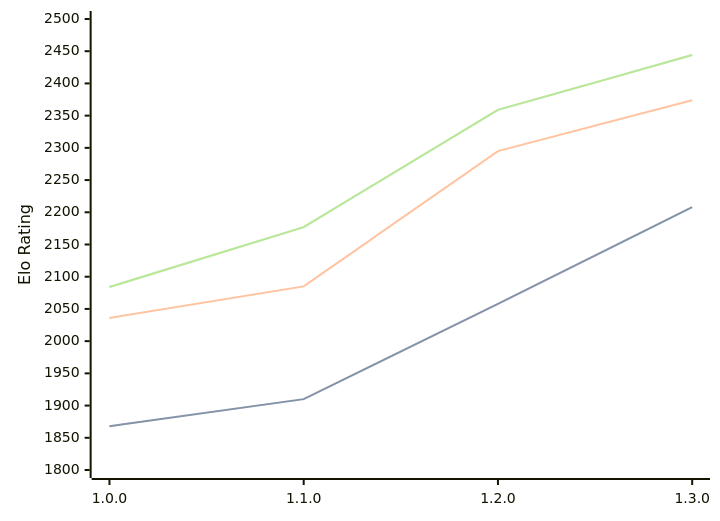
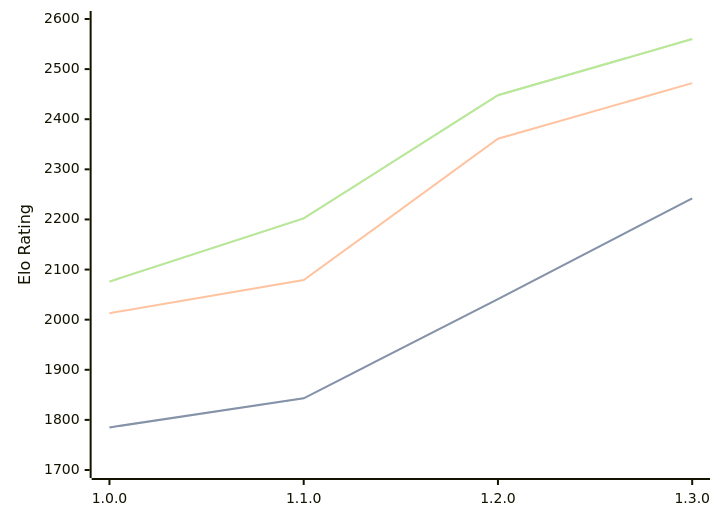
The diagram in engines/Anodos.md (computer-chess-index/cci), drawn with Mermaid before and after one commit. The commit also changed other lines of this file, not shown here.

Commit message:
Update CCI Ratings (ELO VLTC) - 2026-02-24

````diff
--- a/engines/Anodos.md
+++ b/engines/Anodos.md
@@ -42,11 +43,11 @@
 ```mermaid
 %%{init: {"theme":"base","themeVariables":{"seriesColors:['#a3a3a3','#222221','#faa371']}}}%%
 xychart-beta
   x-axis ["1.0.0", "1.1.0", "1.2.0", "1.3.0"]
-  y-axis "Elo Rating" 1800 --> 2500
-  line "STC (8.0+0.08s)" [1868, 1910, 2058, 2208]
-  line "STC (8.0+0.08s)" [1868, 1910, 2058, 2208]
-  line "LTC (60.0+0.60s)" [2036, 2085, 2295, 2374]
-  line "VLTC (2m24s+1.12s)" [2084, 2177, 2359, 2444]
-  line "VLTC (2m24s+1.12s)" [2084, 2177, 2359, 2444]
+  y-axis "Elo Rating" 1700 --> 2600
+  line "STC (8.0+0.08s)" [1785, 1843, 2041, 2242]
+  line "STC (8.0+0.08s)" [1785, 1843, 2041, 2242]
+  line "LTC (60.0+0.60s)" [2013, 2079, 2361, 2472]
+  line "VLTC (2m24s+1.12s)" [2076, 2202, 2448, 2560]
+  line "VLTC (2m24s+1.12s)" [2076, 2202, 2448, 2560]
 ```
````
